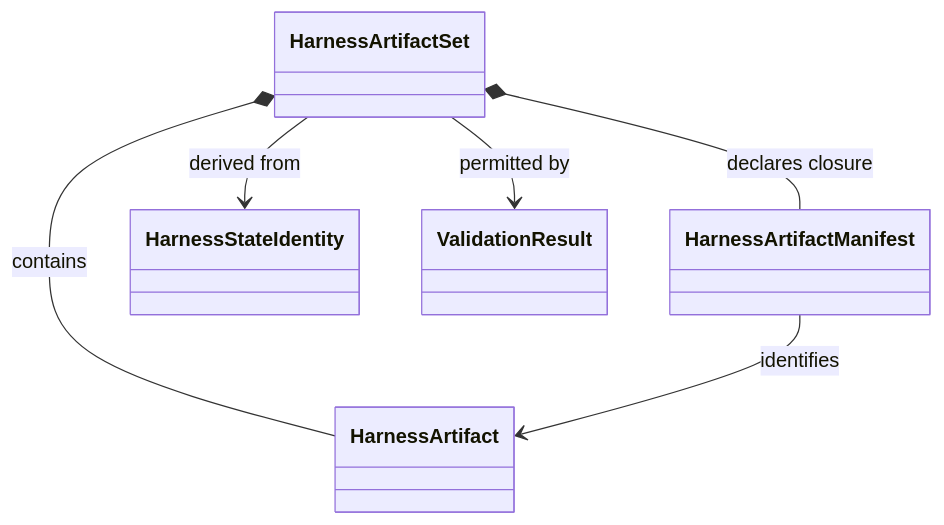
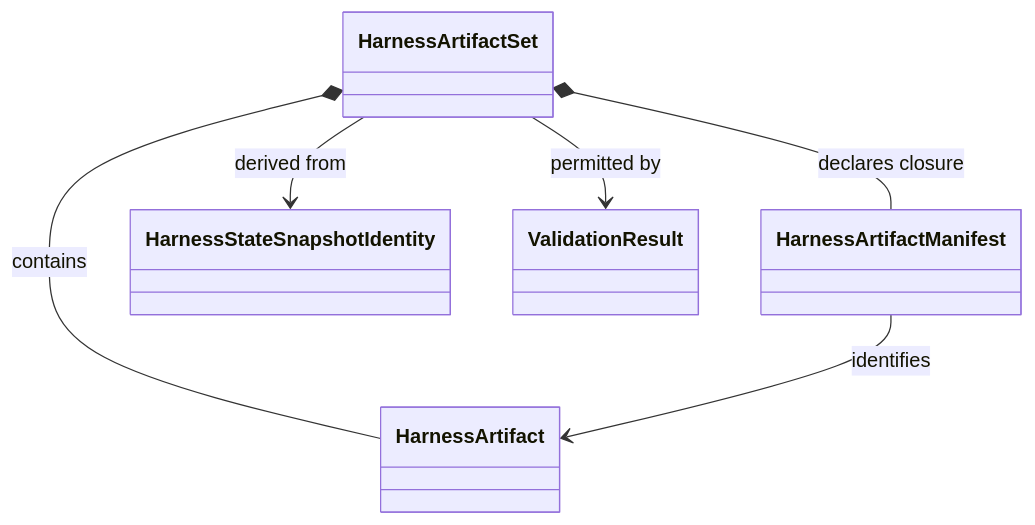
The fifth of 6 diagrams in docs/architecture/v2/harness/compiler-architecture.md (eragasa/ksdft2effmass), drawn with Mermaid before and after one commit. The commit also changed other lines of this file and 85 other files, not shown here.

Commit message:
docs(architecture): define workflow and harness agent v2

````diff
--- a/docs/architecture/v2/harness/compiler-architecture.md
+++ b/docs/architecture/v2/harness/compiler-architecture.md
@@ -173,14 +178,14 @@
 ```mermaid
 classDiagram
     class HarnessArtifactSet
     class HarnessArtifactManifest
     class HarnessArtifact
-    class HarnessStateIdentity
+    class HarnessStateSnapshotIdentity
     class ValidationResult
 
-    HarnessArtifactSet --> HarnessStateIdentity : derived from
+    HarnessArtifactSet --> HarnessStateSnapshotIdentity : derived from
     HarnessArtifactSet --> ValidationResult : permitted by
     HarnessArtifactSet *-- HarnessArtifactManifest : declares closure
     HarnessArtifactSet *-- HarnessArtifact : contains
     HarnessArtifactManifest --> HarnessArtifact : identifies
 ```
````
